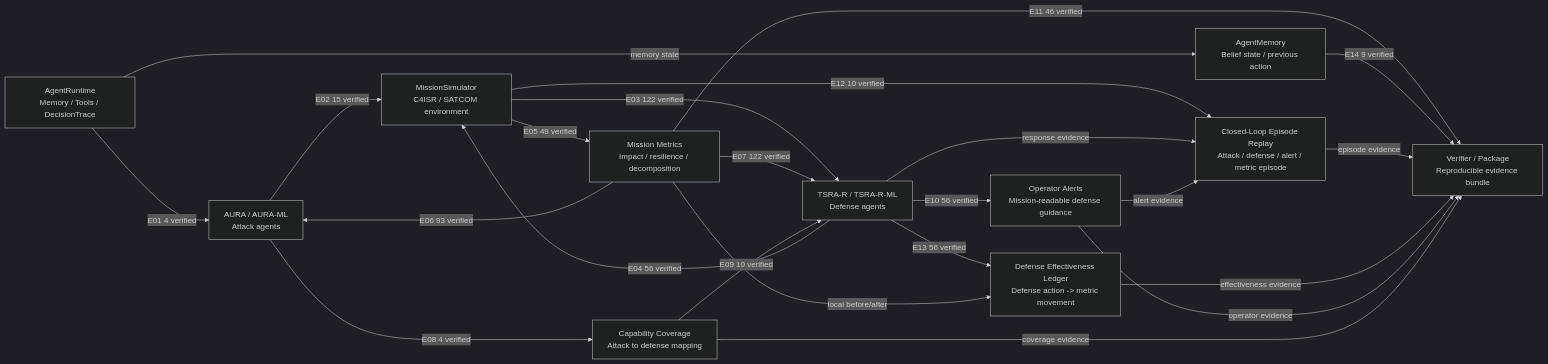
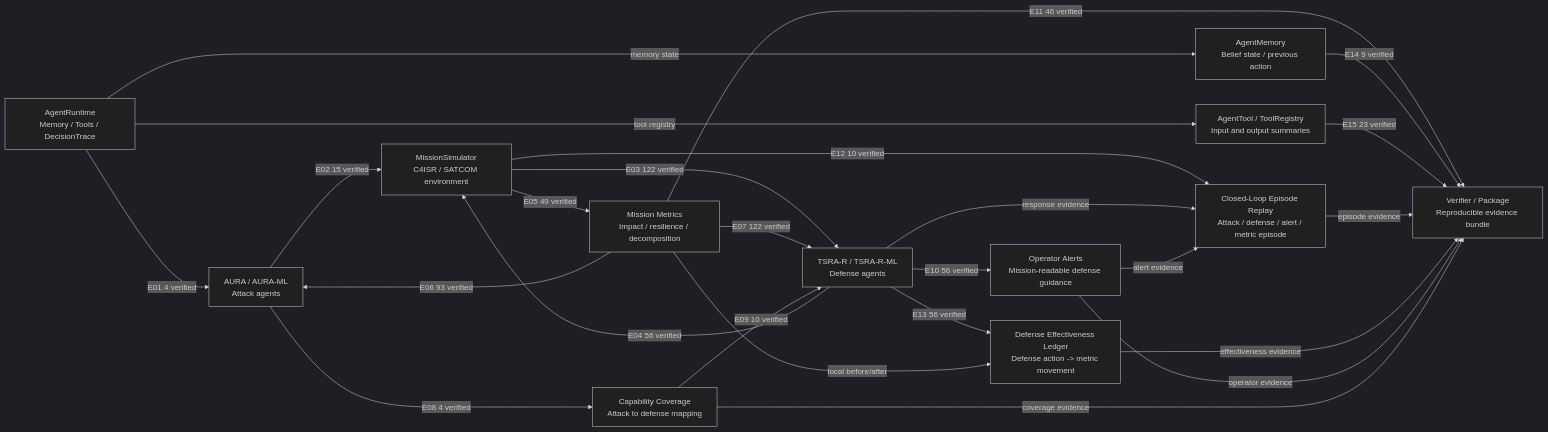
Before and after one commit to Hbin77/LIG_DAH_AGI: the diagram in outputs/report_tables/agent_collaboration_graph.md, drawn with Mermaid (dark theme). The commit also changed other lines of this file and 19 other files, not shown here.

Commit message:
Add agent tool usage audit

````diff
--- a/outputs/report_tables/agent_collaboration_graph.md
+++ b/outputs/report_tables/agent_collaboration_graph.md
@@ -7,36 +7,39 @@
 ```mermaid
 flowchart LR
   Runtime[AgentRuntime\nMemory / Tools / DecisionTrace]
   Memory[AgentMemory\nBelief state / previous action]
+  Tools[AgentTool / ToolRegistry\nInput and output summaries]
   Aura[AURA / AURA-ML\nAttack agents]
   Sim[MissionSimulator\nC4ISR / SATCOM environment]
   Tsra[TSRA-R / TSRA-R-ML\nDefense agents]
   Metrics[Mission Metrics\nImpact / resilience / decomposition]
   Alerts[Operator Alerts\nMission-readable defense guidance]
   Ledger[Defense Effectiveness Ledger\nDefense action -> metric movement]
   Coverage[Capability Coverage\nAttack to defense mapping]
   Replay[Closed-Loop Episode Replay\nAttack / defense / alert / metric episode]
   Verifier[Verifier / Package\nReproducible evidence bundle]
   Runtime -->|E01 4 verified| Aura
   Runtime -->|memory state| Memory
+  Runtime -->|tool registry| Tools
   Aura -->|E02 15 verified| Sim
   Sim -->|E03 122 verified| Tsra
   Tsra -->|E04 56 verified| Sim
   Sim -->|E05 49 verified| Metrics
   Metrics -->|E06 93 verified| Aura
   Metrics -->|E07 122 verified| Tsra
   Aura -->|E08 4 verified| Coverage
   Coverage -->|E09 10 verified| Tsra
   Tsra -->|E10 56 verified| Alerts
   Metrics -->|E11 46 verified| Verifier
   Sim -->|E12 10 verified| Replay
   Tsra -->|E13 56 verified| Ledger
   Metrics -->|local before/after| Ledger
   Memory -->|E14 9 verified| Verifier
+  Tools -->|E15 23 verified| Verifier
   Tsra -->|response evidence| Replay
   Alerts -->|alert evidence| Replay
   Replay -->|episode evidence| Verifier
   Ledger -->|effectiveness evidence| Verifier
   Alerts -->|operator evidence| Verifier
   Coverage -->|coverage evidence| Verifier
 ```
````
